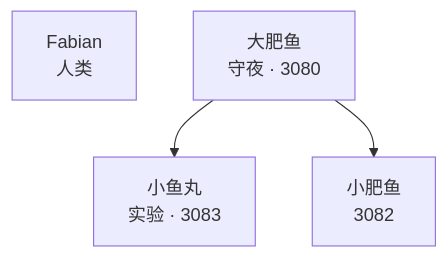
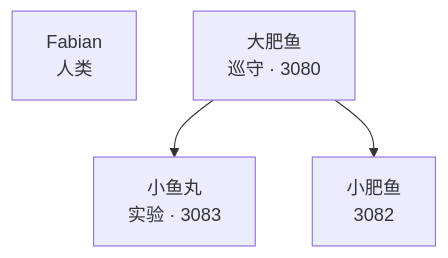
Before and after one commit to FabianActor/dsh-lil-whale: the diagram in docs/谱系.md, drawn with Mermaid. The commit also changed other lines of this file and 18 other files, not shown here.

````diff
--- a/docs/谱系.md
+++ b/docs/谱系.md
@@ -8,9 +8,9 @@
 ```mermaid
 graph TD
   fabian["Fabian<br/>人类"]
   fishball["小鱼丸<br/>实验 · 3083"]
-  lee["大肥鱼<br/>守夜 · 3080"]
+  lee["大肥鱼<br/>巡守 · 3080"]
   whale["小肥鱼<br/>3082"]
   lee --> fishball
   lee --> whale
 ```
````
